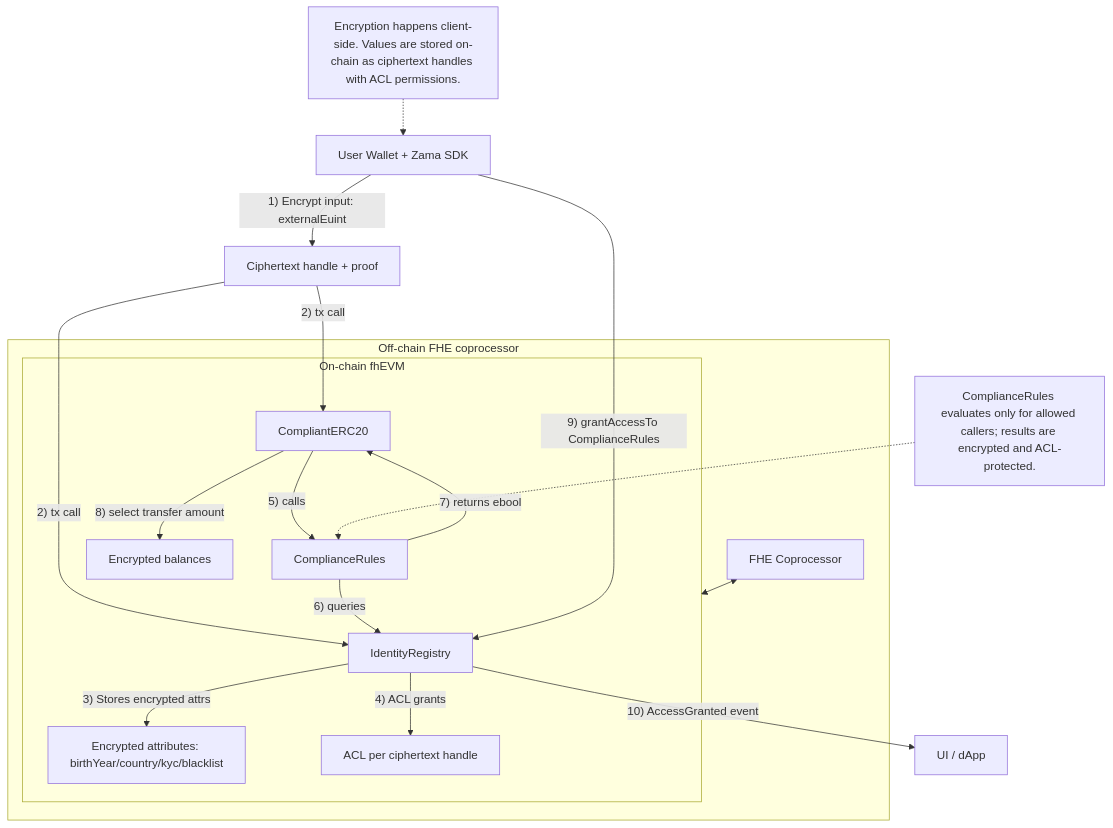
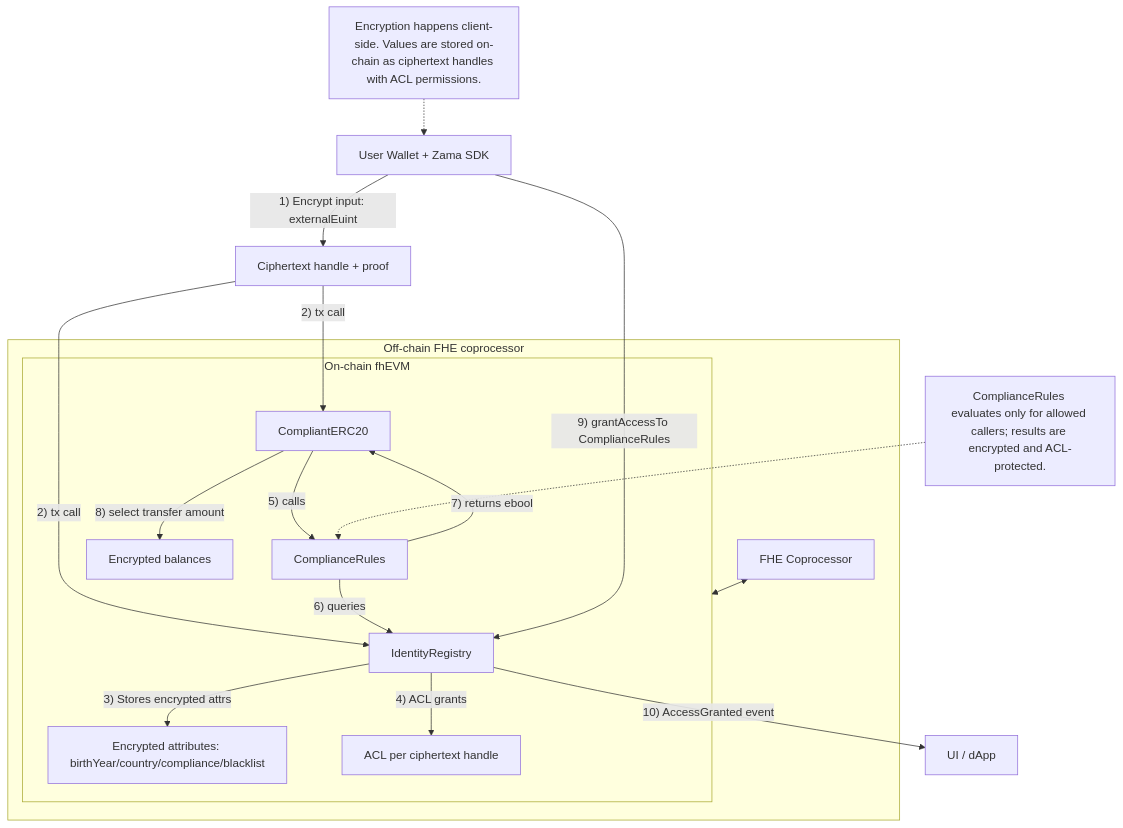
One commit to gustavovalverde/zentity-fhevm-contracts changed the diagram in contracts/ARCHITECTURE.md. Above: the diagram before and after it, drawn with Mermaid. The commit also changed 20 other files, not shown here.

Commit message:
feat(contracts): rename kyc to compliance level

````diff
--- a/contracts/ARCHITECTURE.md
+++ b/contracts/ARCHITECTURE.md
@@ -8,28 +8,28 @@
 ```mermaid
 flowchart TD
     User["User Wallet + Zama SDK"] -- "1) Encrypt input: externalEuint" --> EncIn["Ciphertext handle + proof"]
     EncIn -- "2) tx call" --> IR["IdentityRegistry"]
     EncIn -- "2) tx call" --> ERC["CompliantERC20"]
 
     subgraph OnChain["On-chain fhEVM"]
-      IR -- "3) Stores encrypted attrs" --> IRState["Encrypted attributes: birthYear/country/kyc/blacklist"]
+      IR -- "3) Stores encrypted attrs" --> IRState["Encrypted attributes: birthYear/country/compliance/blacklist"]
       IR -- "4) ACL grants" --> ACL["ACL per ciphertext handle"]
       ERC -- "5) calls" --> CR["ComplianceRules"]
       CR -- "6) queries" --> IR
       CR -- "7) returns ebool" --> ERC
       ERC -- "8) select transfer amount" --> ERCState["Encrypted balances"]
     end
 
     subgraph OffChain["Off-chain FHE coprocessor"]
       FHE["FHE Coprocessor"] <--> OnChain
     end
 
     User -- "9) grantAccessTo ComplianceRules" --> IR
     IR -- "10) AccessGranted event" --> UI["UI / dApp"]
 
     note1["Encryption happens client-side. Values are stored on-chain as ciphertext handles with ACL permissions."]
     note2["ComplianceRules evaluates only for allowed callers; results are encrypted and ACL-protected."]
 
     note1 -.-> User
     note2 -.-> CR
 ```
````
